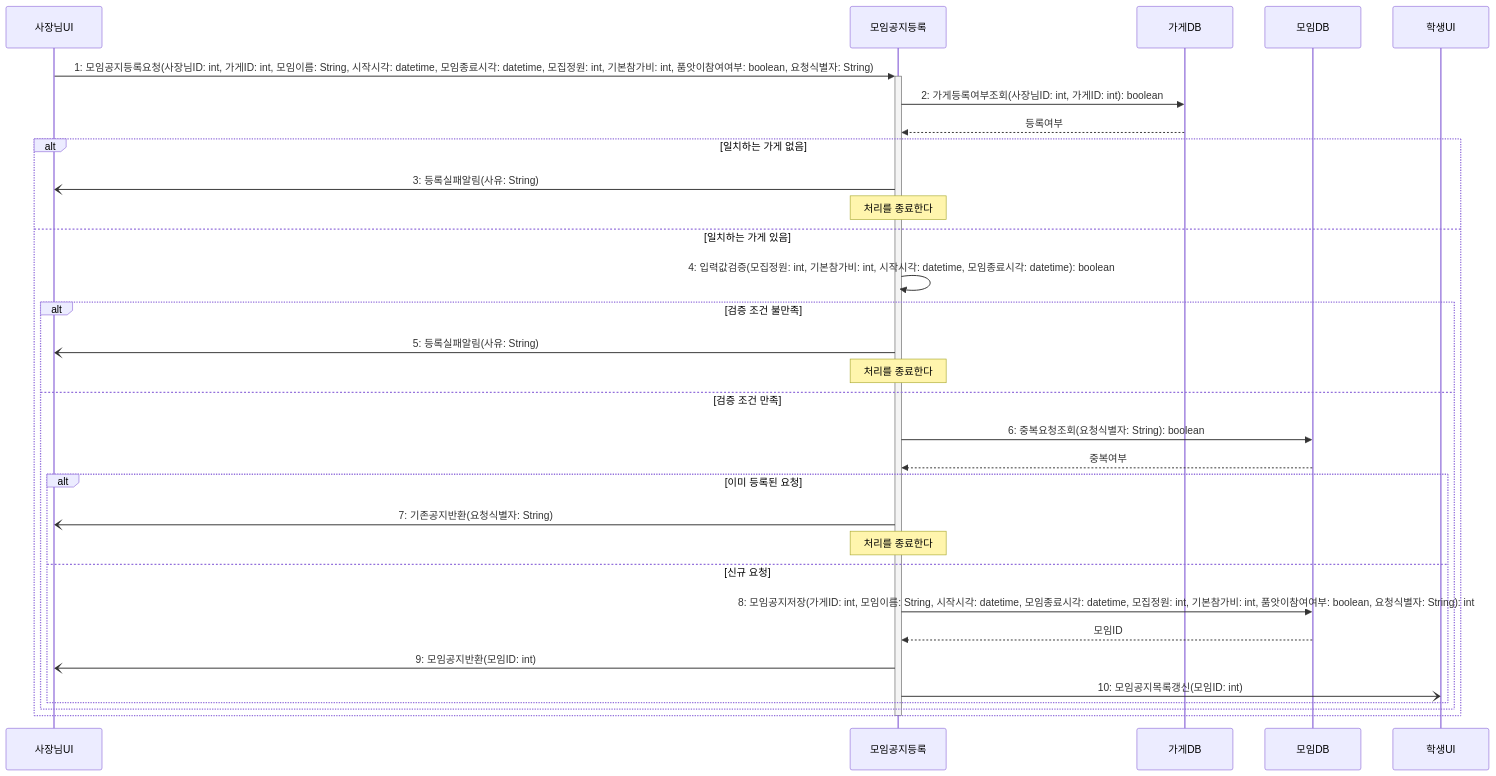
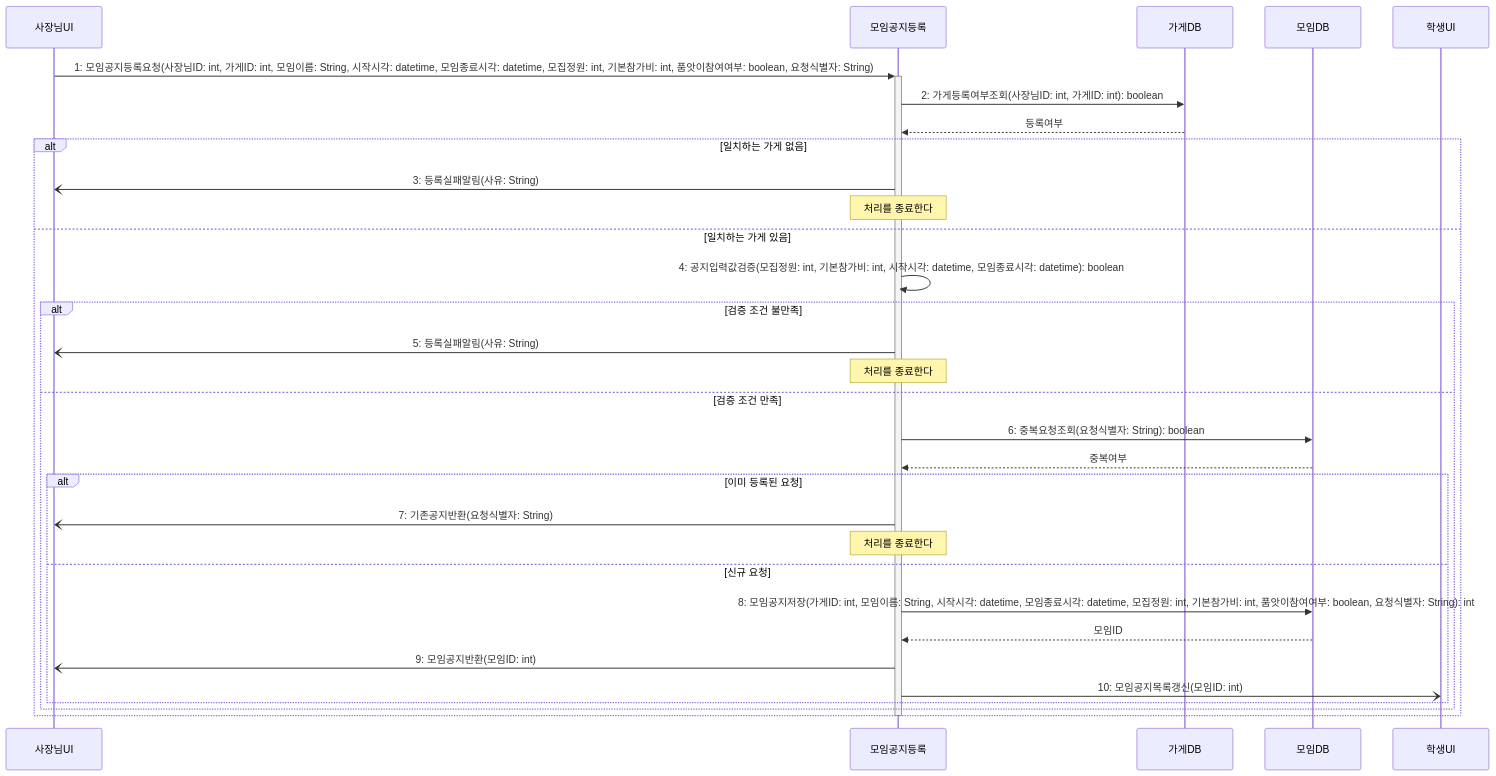
Before and after one commit to hojae3/sw-engineering-16: the diagram in sequence/seq-01.md, drawn with Mermaid. The commit also changed other lines of this file and 35 other files, not shown here.

````diff
--- a/sequence/seq-01.md
+++ b/sequence/seq-01.md
@@ -24,38 +24,38 @@
 ```mermaid
 sequenceDiagram
     participant 사장님UI as 사장님UI
     participant 등록 as 모임공지등록
     participant 가게DB as 가게DB
     participant 모임DB as 모임DB
     participant 학생UI as 학생UI
 
     사장님UI->>+등록: 1: 모임공지등록요청(사장님ID: int, 가게ID: int, 모임이름: String, 시작시각: datetime, 모임종료시각: datetime, 모집정원: int, 기본참가비: int, 품앗이참여여부: boolean, 요청식별자: String)
     등록->>가게DB: 2: 가게등록여부조회(사장님ID: int, 가게ID: int): boolean
     가게DB-->>등록: 등록여부
 
     alt 일치하는 가게 없음
         등록-)사장님UI: 3: 등록실패알림(사유: String)
         Note over 등록: 처리를 종료한다
     else 일치하는 가게 있음
-        등록->>등록: 4: 입력값검증(모집정원: int, 기본참가비: int, 시작시각: datetime, 모임종료시각: datetime): boolean
+        등록->>등록: 4: 공지입력값검증(모집정원: int, 기본참가비: int, 시작시각: datetime, 모임종료시각: datetime): boolean
 
         alt 검증 조건 불만족
             등록-)사장님UI: 5: 등록실패알림(사유: String)
             Note over 등록: 처리를 종료한다
         else 검증 조건 만족
             등록->>모임DB: 6: 중복요청조회(요청식별자: String): boolean
             모임DB-->>등록: 중복여부
 
             alt 이미 등록된 요청
                 등록-)사장님UI: 7: 기존공지반환(요청식별자: String)
                 Note over 등록: 처리를 종료한다
             else 신규 요청
                 등록->>모임DB: 8: 모임공지저장(가게ID: int, 모임이름: String, 시작시각: datetime, 모임종료시각: datetime, 모집정원: int, 기본참가비: int, 품앗이참여여부: boolean, 요청식별자: String): int
                 모임DB-->>등록: 모임ID
                 등록-)사장님UI: 9: 모임공지반환(모임ID: int)
                 등록-)학생UI: 10: 모임공지목록갱신(모임ID: int)
             end
         end
     end
     deactivate 등록
 ```
````
